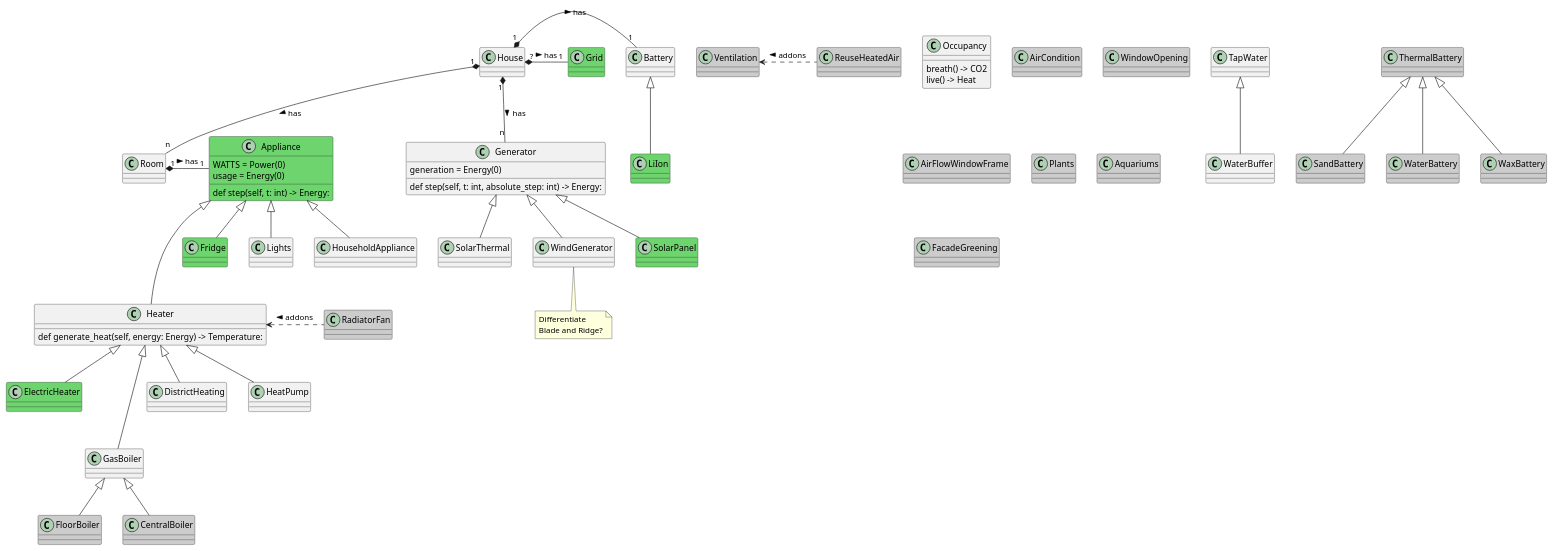
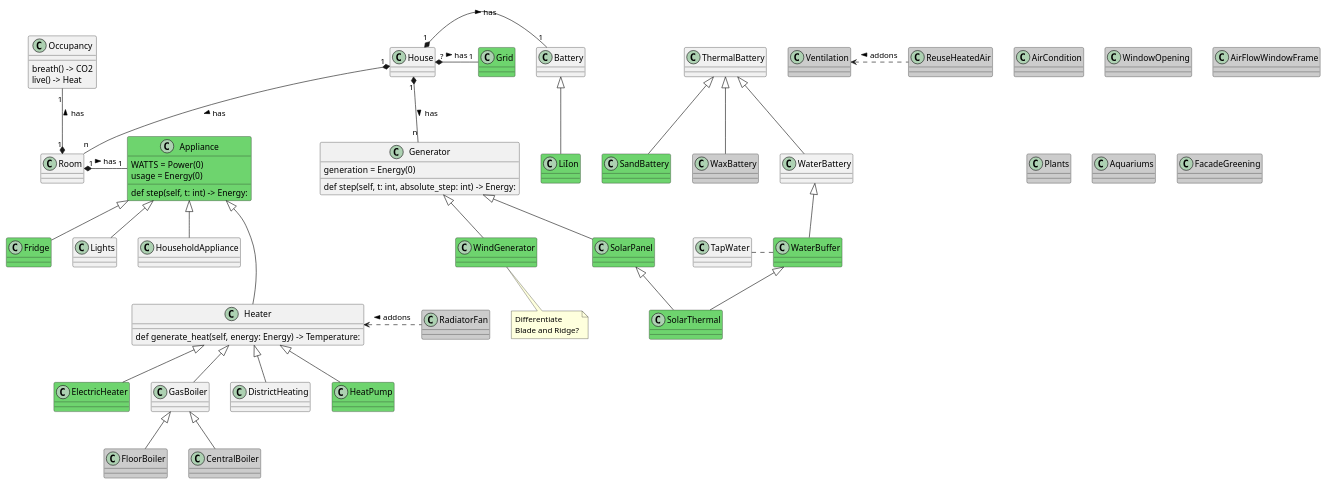
Before and after one commit to wicket1001/the-cube: the diagram in backend/res/Components.puml, drawn with PlantUML. The commit also changed 4 other files, not shown here.

```diff
--- a/backend/res/Components.puml
+++ b/backend/res/Components.puml
@@ -1,90 +1,94 @@
 @startuml
 
-class Occupancy {
-breath() -> CO2
-live() -> Heat
-}
-
 class TapWater
-class WaterBuffer
-TapWater <|-- WaterBuffer
+class WaterBuffer #6ED46E
+TapWater . WaterBuffer
+WaterBattery <|-- WaterBuffer
 
 class Room
 class Heater
 class Grid #6ED46E
 
 class Battery
 class LiIon #6ED46E
 Battery <|-- LiIon
 
 House "1" *- "1" Battery : has >
 House "?" *- "1" Grid : has >
 House "1" *-- "n" Generator : has >
 
 House "1" *-- "n" Room : has >
 Room "1" *- "1" Appliance : has >
 
 class Appliance #6ED46E {
 {field} WATTS = Power(0)
 {field} usage = Energy(0)
 {method} def step(self, t: int) -> Energy:
 }
 class Fridge #6ED46E
 Appliance <|-- Lights
 Appliance <|-- Fridge
 Appliance <|-- HouseholdAppliance
 
 Appliance <|--- Heater
 
 class Heater {
 def generate_heat(self, energy: Energy) -> Temperature:
 }
 class ElectricHeater #6ED46E
 class GasBoiler
 class FloorBoiler #CCCCCC
 class CentralBoiler #CCCCCC
 class DistrictHeating
-class HeatPump
+class HeatPump #6ED46E
 Heater <|-- ElectricHeater
-Heater <|--- GasBoiler
+Heater <|-- GasBoiler
 GasBoiler <|-- FloorBoiler
 GasBoiler <|-- CentralBoiler
 Heater <|-- DistrictHeating
 Heater <|-- HeatPump
 
 class Generator {
 {field} generation = Energy(0)
 def step(self, t: int, absolute_step: int) -> Energy:
 }
 class SolarPanel #6ED46E
-class SolarThermal
-class WindGenerator
+class SolarThermal #6ED46E
+class WindGenerator #6ED46E
 Generator <|-- SolarPanel
-Generator <|-- SolarThermal
 Generator <|-- WindGenerator
+SolarPanel <|-- SolarThermal
+WaterBuffer <|-- SolarThermal
 
 note bottom of WindGenerator
 Differentiate
 Blade and Ridge?
 end note
 
-class ThermalBattery #CCCCCC
-class SandBattery #CCCCCC
-class WaterBattery #CCCCCC
+class ThermalBattery
+class SandBattery #6ED46E
+class WaterBattery
 class WaxBattery #CCCCCC
 ThermalBattery <|-- SandBattery
 ThermalBattery <|-- WaterBattery
 ThermalBattery <|-- WaxBattery
 
 class RadiatorFan #CCCCCC
 Heater <. RadiatorFan : addons <
 class AirCondition #CCCCCC
 class Ventilation #CCCCCC
 class WindowOpening #CCCCCC
 class AirFlowWindowFrame #CCCCCC
 class Plants #CCCCCC
 class Aquariums #CCCCCC
 class FacadeGreening #CCCCCC
 class ReuseHeatedAir #CCCCCC
 Ventilation <. ReuseHeatedAir : addons <
+
+class Occupancy {
+breath() -> CO2
+live() -> Heat
+}
+
+Occupancy "1" --* "1" Room : < has
 @enduml
```
